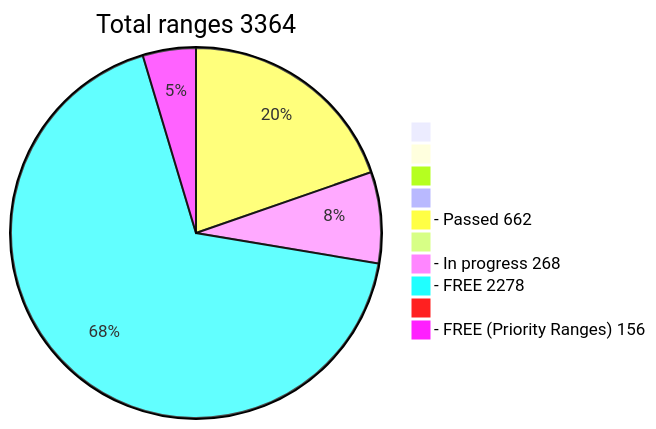
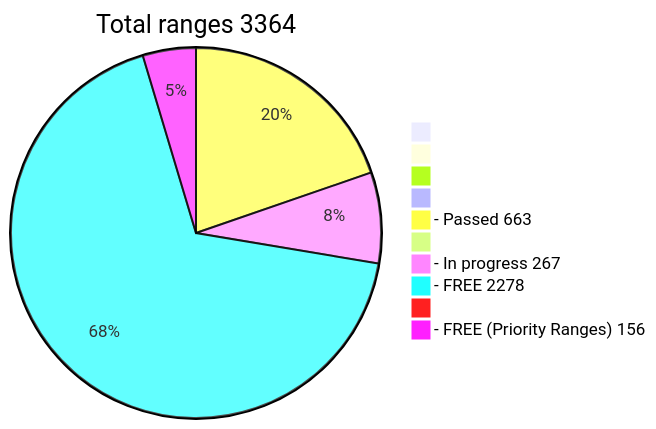
The diagram in README.md (phrutis/wif500), drawn with Mermaid before and after one commit.

````diff
--- a/README.md
+++ b/README.md
@@ -16,13 +16,13 @@
 ```mermaid
 pie title Total ranges 3364
              " " : 0
             "  " : 0
            "   " : 0
           "    " : 0
-  "- Passed 662" : 662
+  "- Passed 663" : 663
          "     " : 0
-  "- In progress 268" : 268
+  "- In progress 267" : 267
    "- FREE 2278" : 2278
         "      " : 0
   "- FREE (Priority Ranges) 156" : 156
 ```
````
